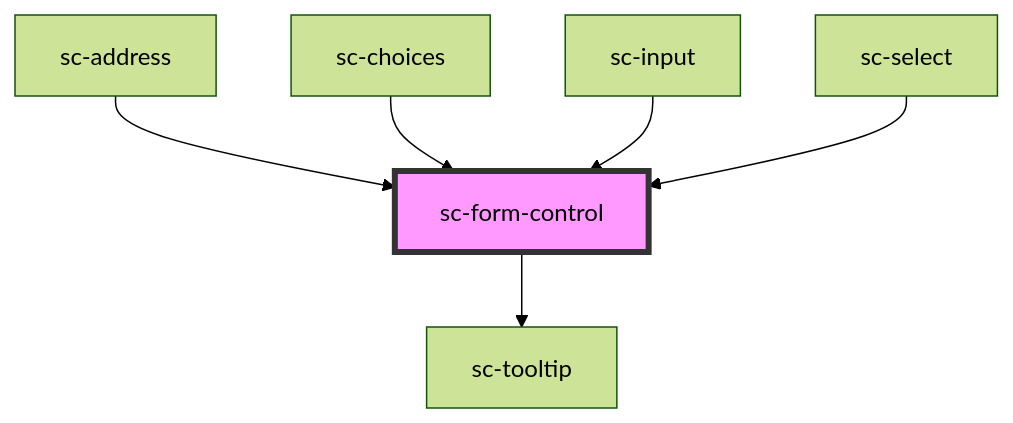
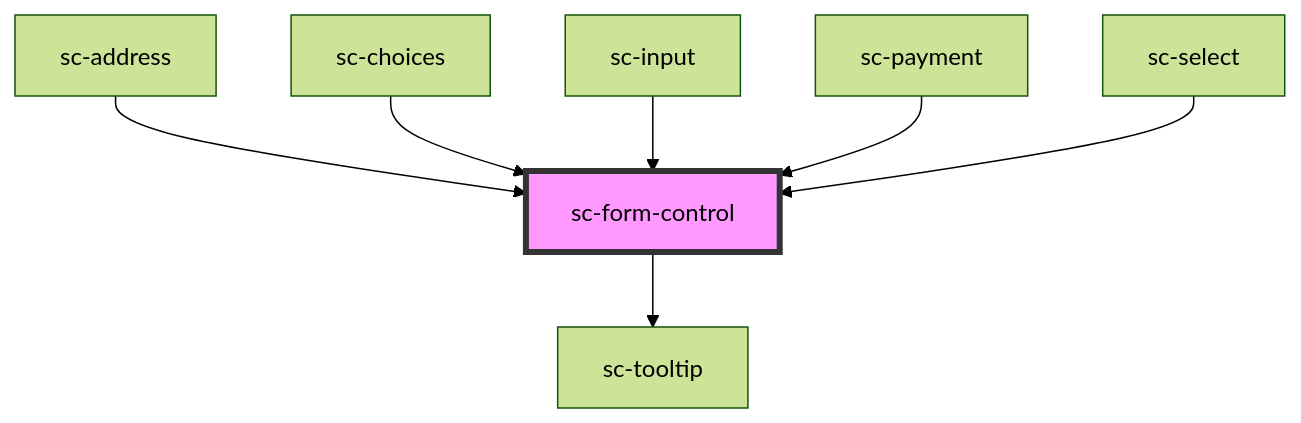
Before and after one commit to surecart/surecart-wp-plugin: the diagram in packages/components/src/components/ui/form-control/readme.md, drawn with Mermaid (forest theme). The commit also changed other lines of this file and 33 other files, not shown here.

````diff
--- a/packages/components/src/components/ui/form-control/readme.md
+++ b/packages/components/src/components/ui/form-control/readme.md
@@ -46,9 +47,10 @@
 ```mermaid
 graph TD;
   sc-form-control --> sc-tooltip
   sc-address --> sc-form-control
   sc-choices --> sc-form-control
   sc-input --> sc-form-control
+  sc-payment --> sc-form-control
   sc-select --> sc-form-control
   style sc-form-control fill:#f9f,stroke:#333,stroke-width:4px
 ```
````
